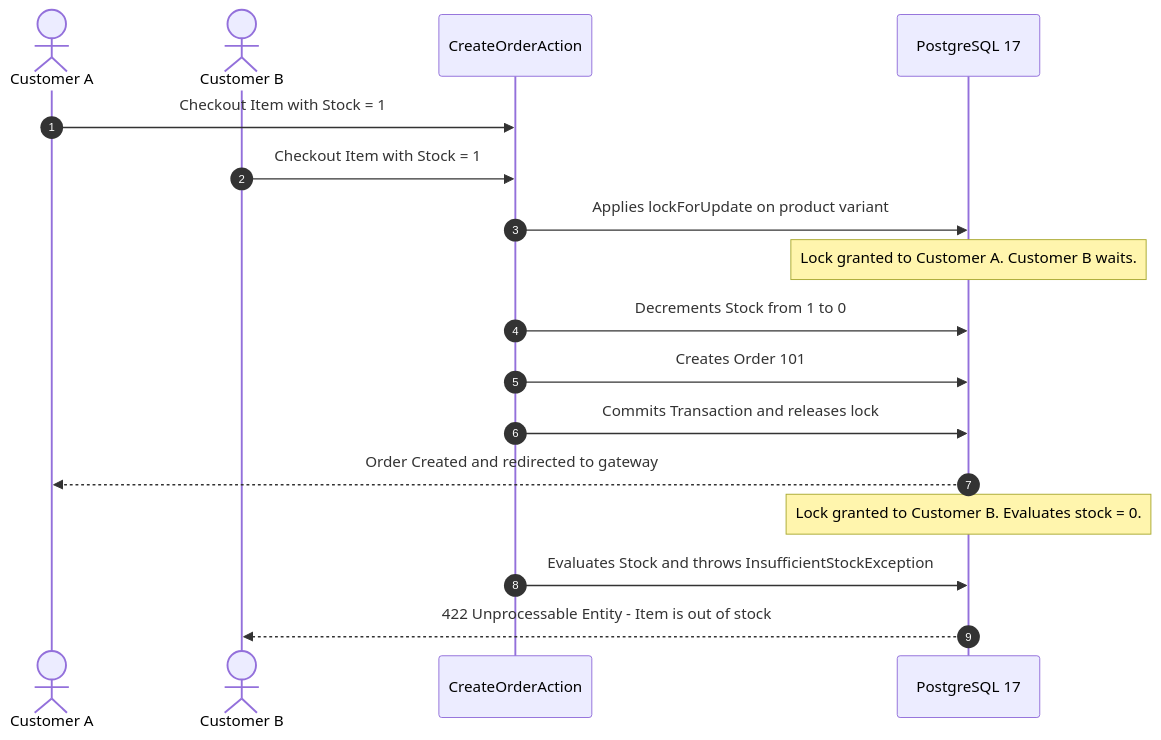
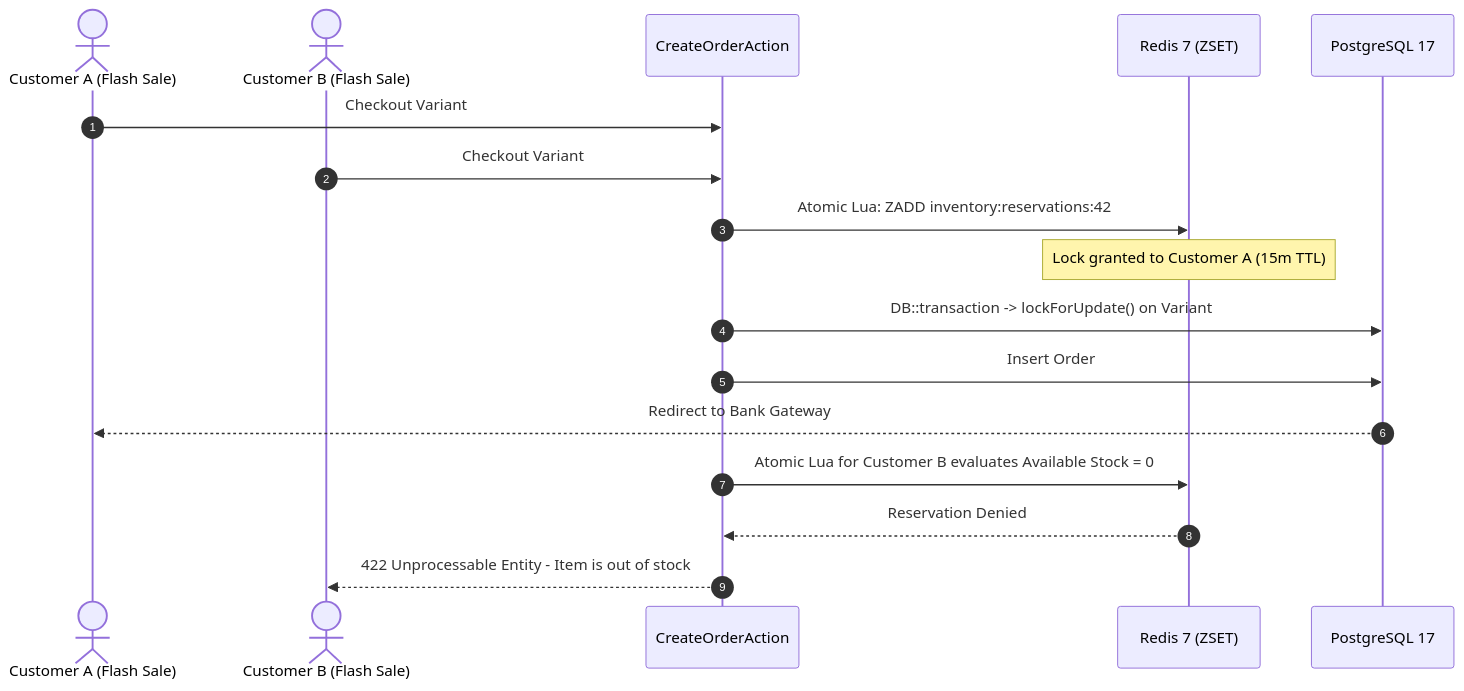
The diagram in v1/backend/cart-and-checkout.md (reyhan-commerce/docs), drawn with Mermaid before and after one commit. The commit also changed other lines of this file and 29 other files, not shown here.

````diff
--- a/v1/backend/cart-and-checkout.md
+++ b/v1/backend/cart-and-checkout.md
@@ -9,24 +24,22 @@
 ```mermaid
 sequenceDiagram
     autonumber
-    actor Customer1 as Customer A
-    actor Customer2 as Customer B
+    actor Customer1 as Customer A (Flash Sale)
+    actor Customer2 as Customer B (Flash Sale)
     participant Action as CreateOrderAction
+    participant Redis as Redis 7 (ZSET)
     participant DB as PostgreSQL 17
 
-    Customer1->>Action: Checkout Item with Stock = 1
-    Customer2->>Action: Checkout Item with Stock = 1
+    Customer1->>Action: Checkout Variant #42 (Stock = 1)
+    Customer2->>Action: Checkout Variant #42 (Stock = 1)
     
-    Action->>DB: Applies lockForUpdate on product variant
-    Note over DB: Lock granted to Customer A. Customer B waits.
+    Action->>Redis: Atomic Lua: ZADD inventory:reservations:42
+    Note over Redis: Lock granted to Customer A (15m TTL)
+    Action->>DB: DB::transaction -> lockForUpdate() on Variant #42
+    Action->>DB: Insert Order #101 (PendingPayment)
+    DB-->>Customer1: Redirect to Bank Gateway
     
-    Action->>DB: Decrements Stock from 1 to 0
-    Action->>DB: Creates Order 101
-    Action->>DB: Commits Transaction and releases lock
-    
-    DB-->>Customer1: Order Created and redirected to gateway
-    
-    Note over DB: Lock granted to Customer B. Evaluates stock = 0.
-    Action->>DB: Evaluates Stock and throws InsufficientStockException
-    DB-->>Customer2: 422 Unprocessable Entity - Item is out of stock
+    Action->>Redis: Atomic Lua for Customer B evaluates Available Stock = 0
+    Redis-->>Action: Reservation Denied
+    Action-->>Customer2: 422 Unprocessable Entity - Item is out of stock
 ```
````
